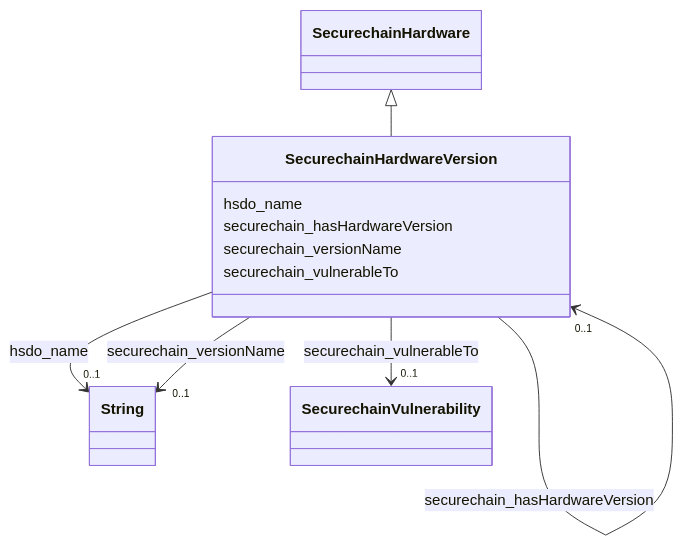
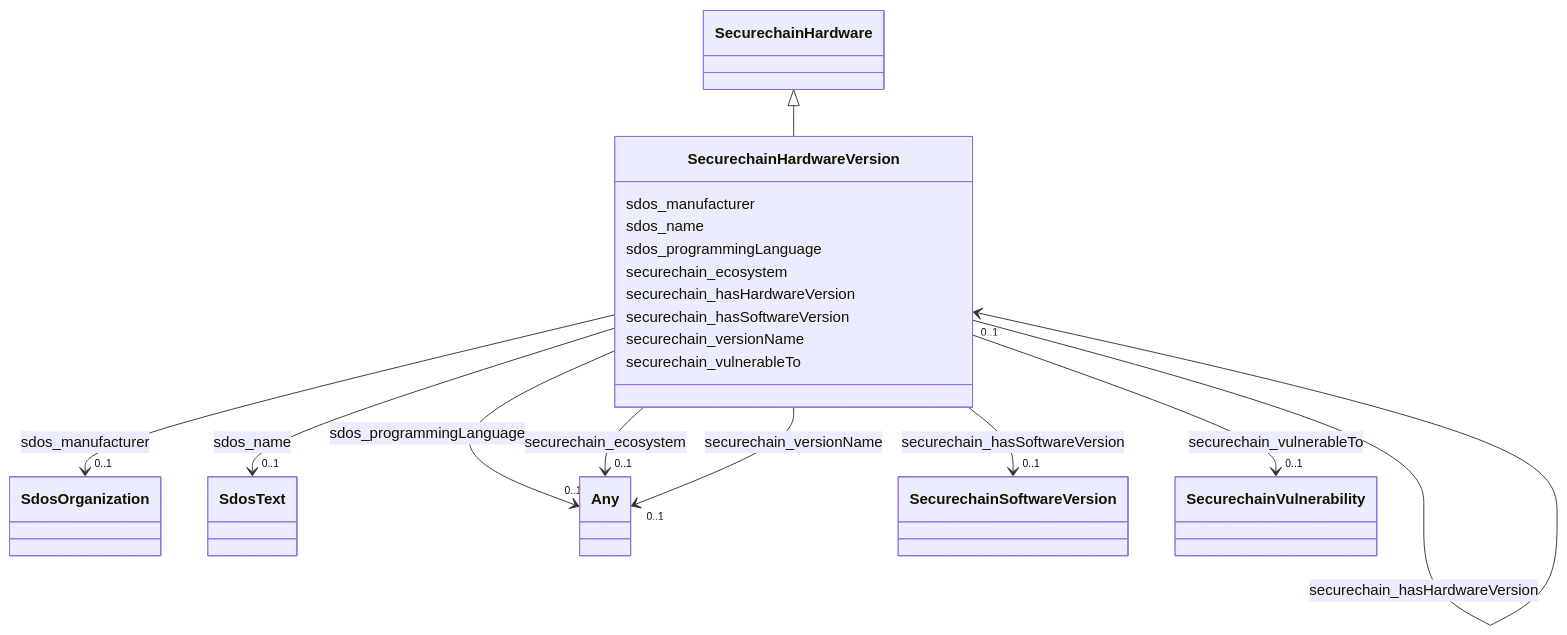
One commit to frink-okn/graph-descriptions changed the diagram in secure-chain-kg/classes/SecurechainHardwareVersion.md. Above: the diagram before and after it, drawn with Mermaid. The commit also changed other lines of this file and 75 other files, not shown here.

````diff
--- a/secure-chain-kg/classes/SecurechainHardwareVersion.md
+++ b/secure-chain-kg/classes/SecurechainHardwareVersion.md
@@ -23,45 +18,81 @@
 ```mermaid
  classDiagram
     class SecurechainHardwareVersion
     click SecurechainHardwareVersion href "../SecurechainHardwareVersion"
       SecurechainHardware <|-- SecurechainHardwareVersion
         click SecurechainHardware href "../SecurechainHardware"
       
-      SecurechainHardwareVersion : hsdo_name
+      SecurechainHardwareVersion : sdos_manufacturer
         
           
     
     
-    SecurechainHardwareVersion --> "0..1" String : hsdo_name
-    click String href "../String"
+    SecurechainHardwareVersion --> "0..1" SdosOrganization : sdos_manufacturer
+    click SdosOrganization href "../SdosOrganization"
+
+        
+      SecurechainHardwareVersion : sdos_name
+        
+          
+    
+    
+    SecurechainHardwareVersion --> "0..1" SdosText : sdos_name
+    click SdosText href "../SdosText"
+
+        
+      SecurechainHardwareVersion : sdos_programmingLanguage
+        
+          
+    
+    
+    SecurechainHardwareVersion --> "0..1" Any : sdos_programmingLanguage
+    click Any href "../Any"
+
+        
+      SecurechainHardwareVersion : securechain_ecosystem
+        
+          
+    
+    
+    SecurechainHardwareVersion --> "0..1" Any : securechain_ecosystem
+    click Any href "../Any"
 
         
       SecurechainHardwareVersion : securechain_hasHardwareVersion
         
           
     
     
     SecurechainHardwareVersion --> "0..1" SecurechainHardwareVersion : securechain_hasHardwareVersion
     click SecurechainHardwareVersion href "../SecurechainHardwareVersion"
 
         
+      SecurechainHardwareVersion : securechain_hasSoftwareVersion
+        
+          
+    
+    
+    SecurechainHardwareVersion --> "0..1" SecurechainSoftwareVersion : securechain_hasSoftwareVersion
+    click SecurechainSoftwareVersion href "../SecurechainSoftwareVersion"
+
+        
       SecurechainHardwareVersion : securechain_versionName
         
           
     
     
-    SecurechainHardwareVersion --> "0..1" String : securechain_versionName
-    click String href "../String"
+    SecurechainHardwareVersion --> "0..1" Any : securechain_versionName
+    click Any href "../Any"
 
         
       SecurechainHardwareVersion : securechain_vulnerableTo
         
           
     
     
     SecurechainHardwareVersion --> "0..1" SecurechainVulnerability : securechain_vulnerableTo
     click SecurechainVulnerability href "../SecurechainVulnerability"
 
         
       
 ```
````
